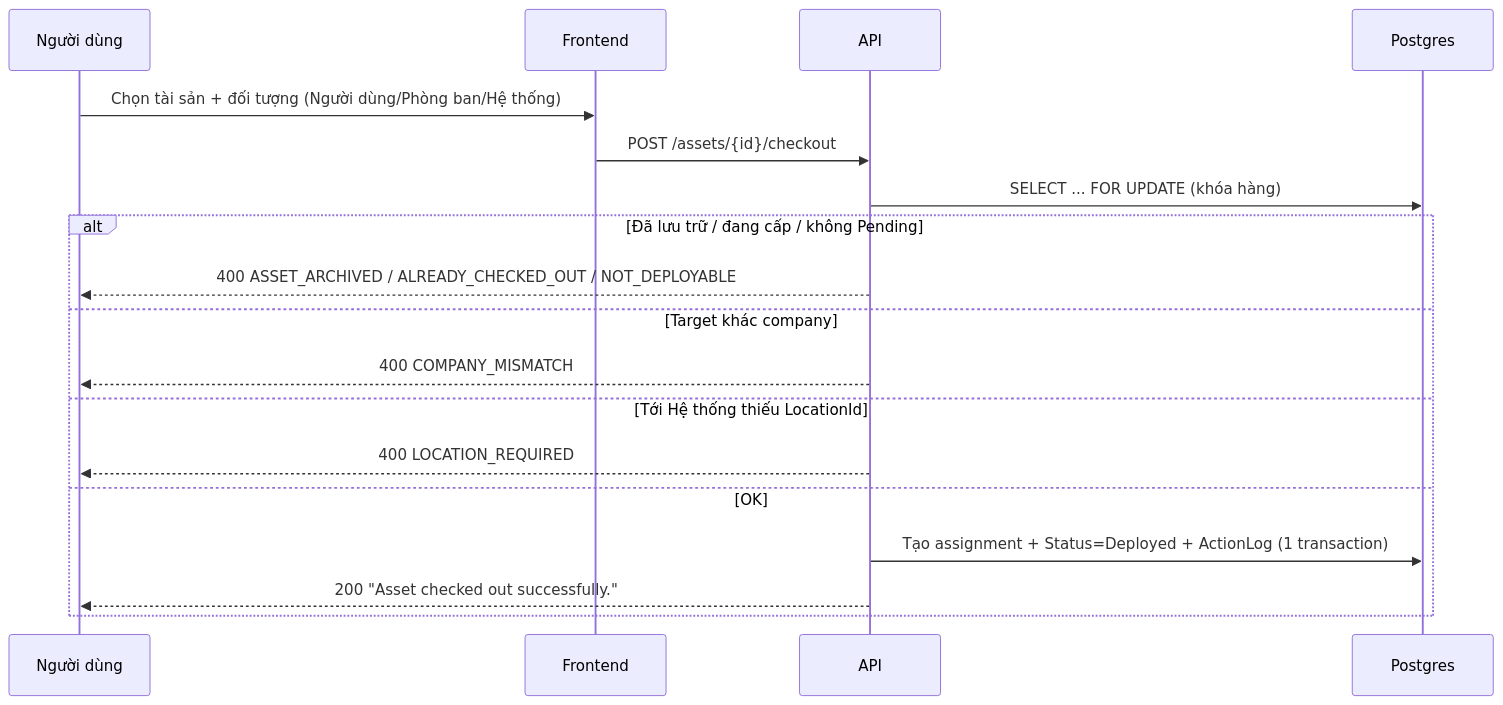
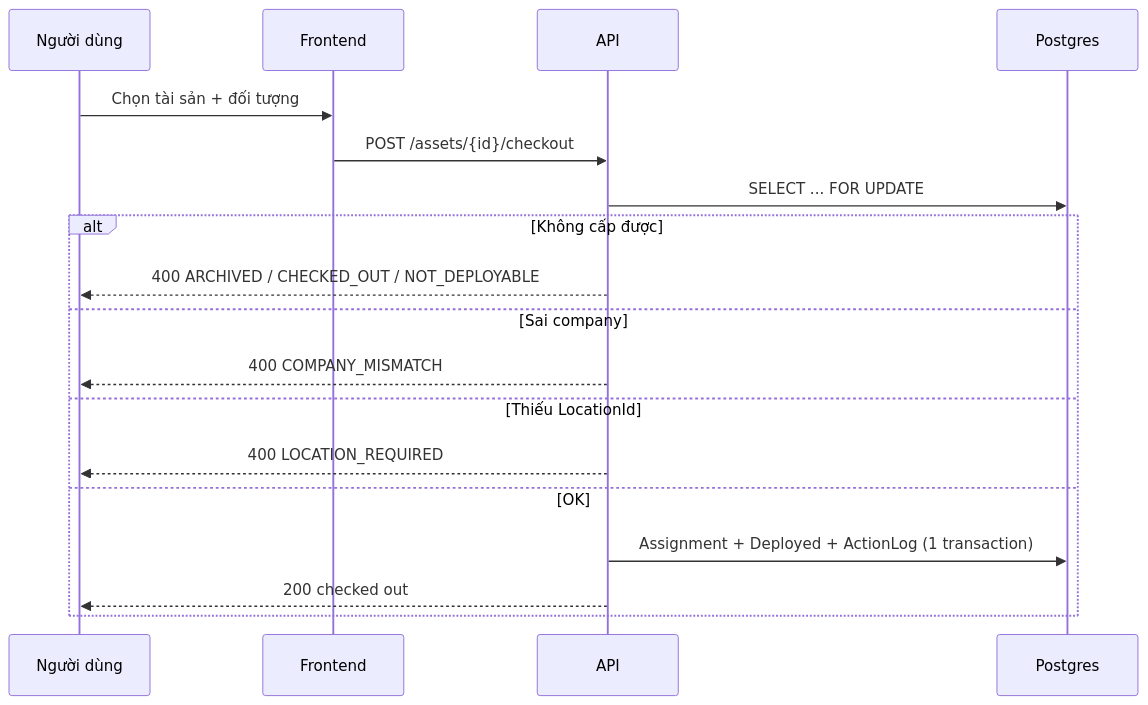
Before and after one commit to toannd18/mirats: the diagram in docs/guide/11-sequence-cap-phat.md, drawn with Mermaid. The commit also changed 7 other files, not shown here.

Commit message:
docs(guide): flowchart thay C4 vo + rut gon sequence + ERD khop snapshot

````diff
--- a/docs/guide/11-sequence-cap-phat.md
+++ b/docs/guide/11-sequence-cap-phat.md
@@ -12,21 +12,21 @@
 ```mermaid
 sequenceDiagram
     participant U as Người dùng
     participant FE as Frontend
     participant API as API
     participant DB as Postgres
 
-    U->>FE: Chọn tài sản + đối tượng (Người dùng/Phòng ban/Hệ thống)
+    U->>FE: Chọn tài sản + đối tượng
     FE->>API: POST /assets/{id}/checkout
-    API->>DB: SELECT ... FOR UPDATE (khóa hàng)
-    alt Đã lưu trữ / đang cấp / không Pending
-        API-->>U: 400 ASSET_ARCHIVED / ALREADY_CHECKED_OUT / NOT_DEPLOYABLE
-    else Target khác company
+    API->>DB: SELECT ... FOR UPDATE
+    alt Không cấp được
+        API-->>U: 400 ARCHIVED / CHECKED_OUT / NOT_DEPLOYABLE
+    else Sai company
         API-->>U: 400 COMPANY_MISMATCH
-    else Tới Hệ thống thiếu LocationId
+    else Thiếu LocationId
         API-->>U: 400 LOCATION_REQUIRED
     else OK
-        API->>DB: Tạo assignment + Status=Deployed + ActionLog (1 transaction)
-        API-->>U: 200 "Asset checked out successfully."
+        API->>DB: Assignment + Deployed + ActionLog (1 transaction)
+        API-->>U: 200 checked out
     end
 ```
````
